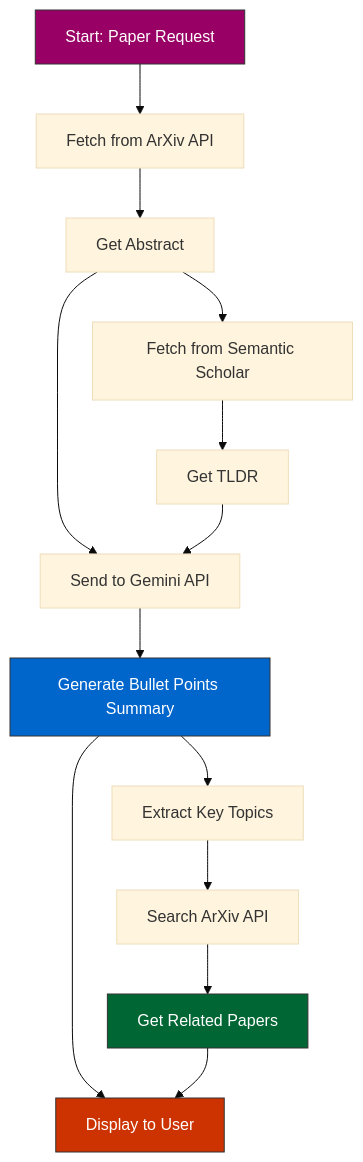
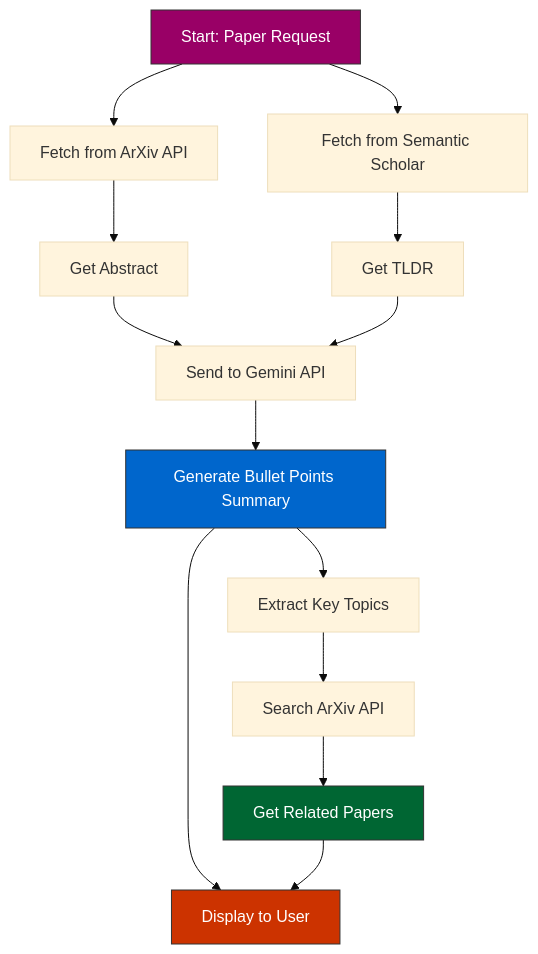
The diagram in README.md (ynadell/research-gram), drawn with Mermaid (base theme) before and after one commit.

Commit message:
Fixed the flow chart

````diff
--- a/README.md
+++ b/README.md
@@ -41,22 +41,22 @@
 ```mermaid
 flowchart TD
     A[Start: Paper Request] --> B[Fetch from ArXiv API]
     B --> C[Get Abstract]
-    
-    C --> D[Fetch from Semantic Scholar]
+
+    A[Start: Paper Request] --> D[Fetch from Semantic Scholar]
     D --> E[Get TLDR]
     
     C & E --> F[Send to Gemini API]
     F --> G[Generate Bullet Points Summary]
     
     G --> H[Extract Key Topics]
     H --> I[Search ArXiv API]
     I --> J[Get Related Papers]
     
     G & J --> K[Display to User]
     
     style A fill:#990066,stroke:#333,color:#fff
     style G fill:#0066cc,stroke:#333,color:#fff
     style J fill:#006633,stroke:#333,color:#fff
     style K fill:#cc3300,stroke:#333,color:#fff
 ```
````
